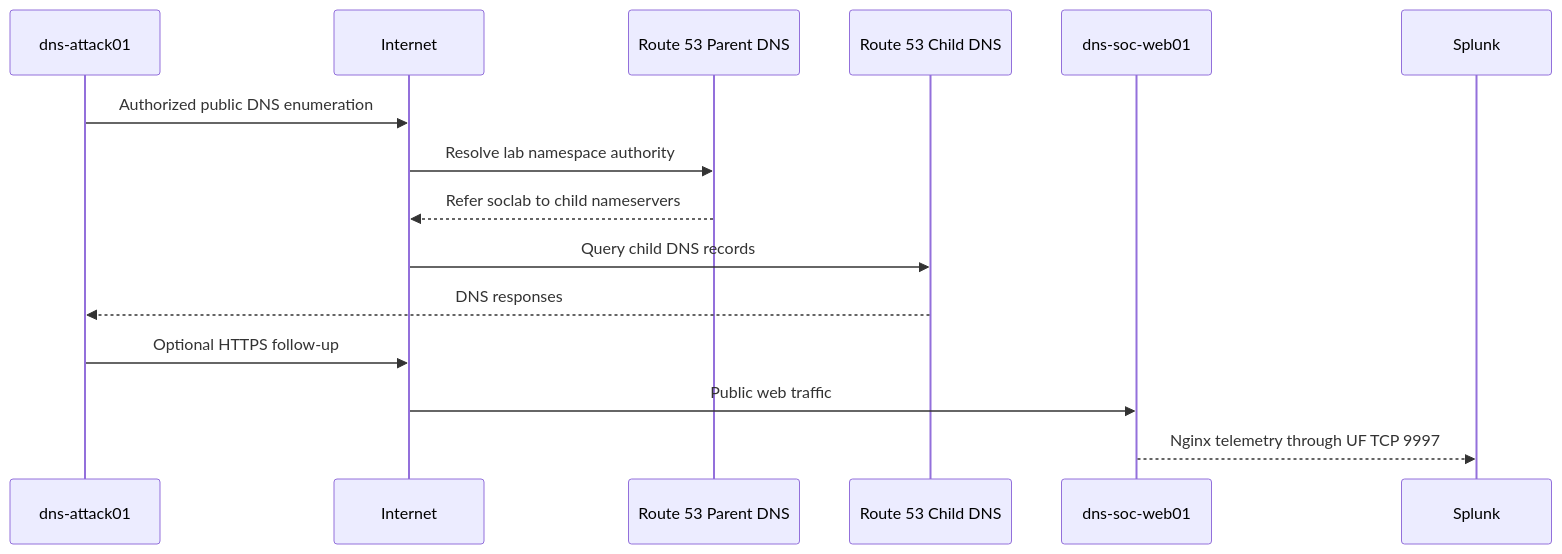
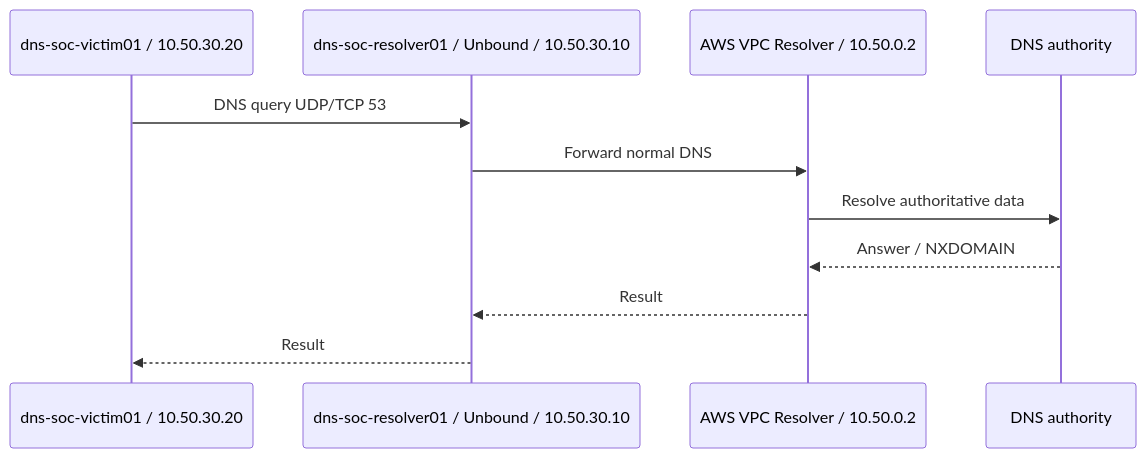
One commit to DNS-SOC-Lab/DNS-Lab-Infrastructure changed the second of 2 diagrams in 01-network-architecture/traffic-flow.md. Above: the diagram before and after it, drawn with Mermaid. The commit also changed other lines of this file and 6 other files, not shown here.

````diff
--- a/01-network-architecture/traffic-flow.md
+++ b/01-network-architecture/traffic-flow.md
@@ -25,18 +66,14 @@
 ```mermaid
 sequenceDiagram
-    participant A as dns-attack01
-    participant I as Internet
-    participant P as Route 53 Parent DNS
-    participant C as Route 53 Child DNS
-    participant W as dns-soc-web01
-    participant S as Splunk
+    participant V as dns-soc-victim01 / 10.50.30.20
+    participant R as dns-soc-resolver01 / Unbound / 10.50.30.10
+    participant A as AWS VPC Resolver / 10.50.0.2
+    participant D as DNS authority
 
-    A->>I: Authorized public DNS enumeration
-    I->>P: Resolve lab namespace authority
-    P-->>I: Refer soclab to child nameservers
-    I->>C: Query child DNS records
-    C-->>A: DNS responses
-    A->>I: Optional HTTPS follow-up
-    I->>W: Public web traffic
-    W-->>S: Nginx telemetry through UF TCP 9997
+    V->>R: DNS query UDP/TCP 53
+    R->>A: Forward normal DNS
+    A->>D: Resolve authoritative data
+    D-->>A: Answer / NXDOMAIN
+    A-->>R: Result
+    R-->>V: Result
 ```
````
